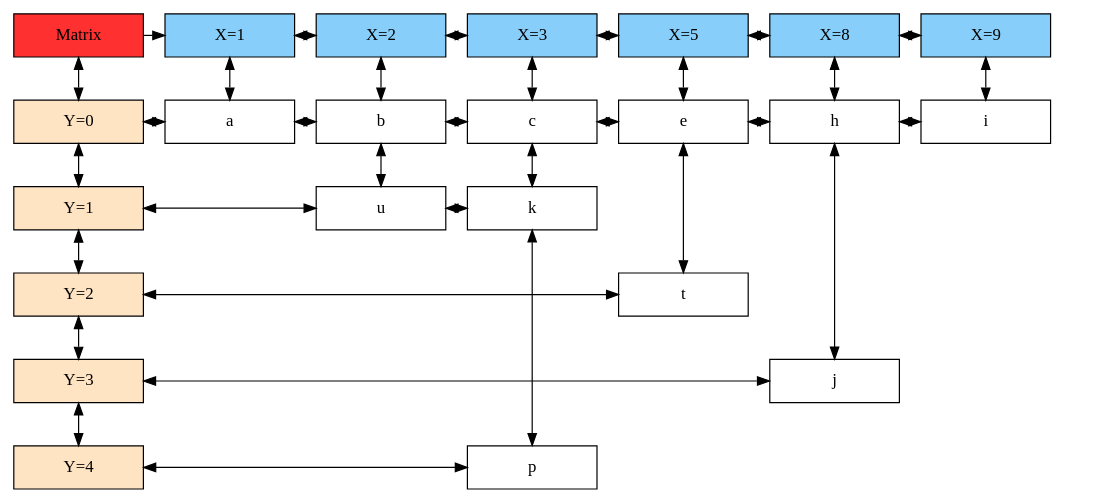
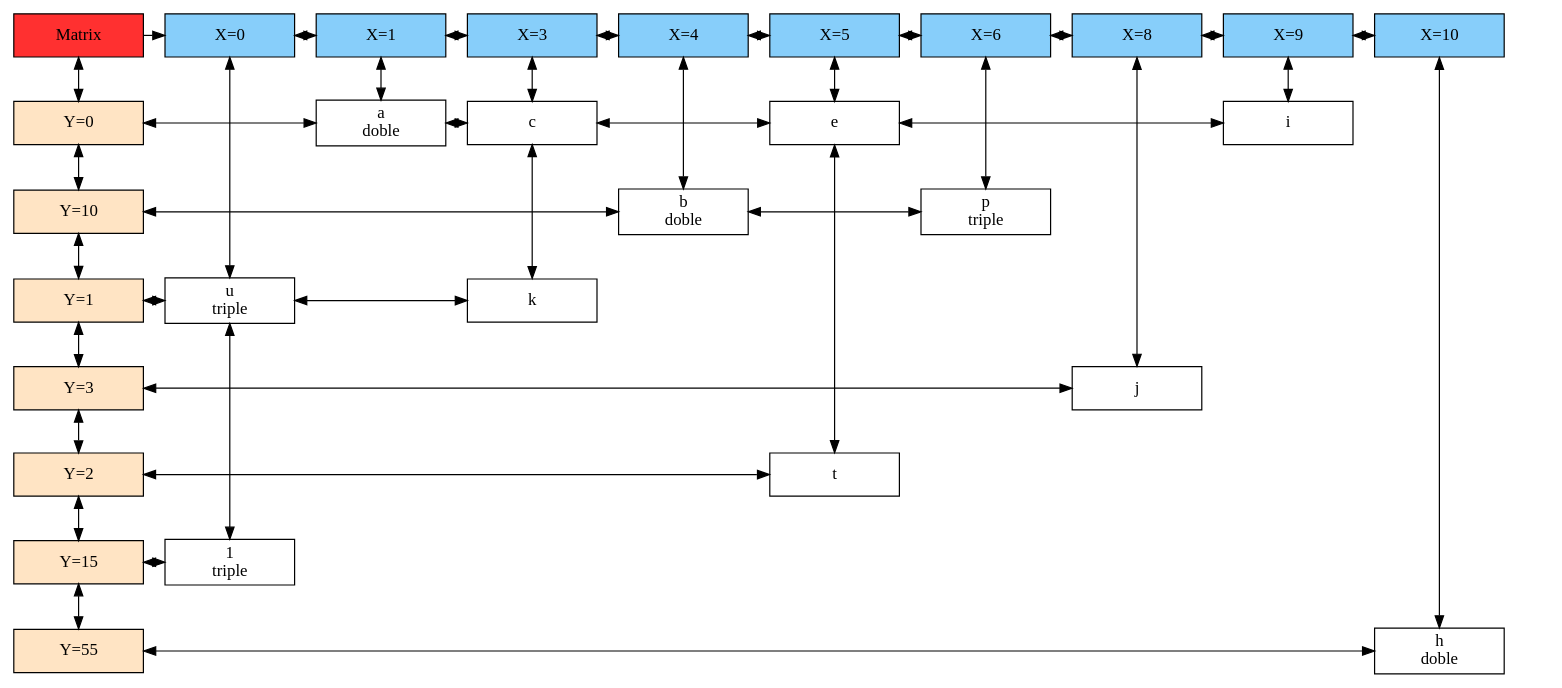
Before and after one commit to elJuanjoRamos/EDD_1S2020_PY1_201801262: the diagram in EDD_Proyecto1/EDD_Proyecto1/Matrix.dot, drawn with Graphviz. The commit also changed 21 other files, not shown here.

```diff
--- a/EDD_Proyecto1/EDD_Proyecto1/Matrix.dot
+++ b/EDD_Proyecto1/EDD_Proyecto1/Matrix.dot
@@ -1,72 +1,89 @@
 digraph Sparce_Matrix { 
  node [shape=box]
-Mt[ label = "Matrix", width = 1.5, style = filled, fillcolor = firebrick1, group = 1 ];
-e0[ shape = point, width = 0 ];
+	Mt[ label = "Matrix", width = 1.5, style = filled, fillcolor = firebrick1, group = 1 ];
+	e0[ shape = point, width = 0 ];
 e1[shape = point, width = 0];
+Nodox17 [label = "X=0" width = 1.5 style = filled, fillcolor = lightskyblue, group =17];
 Nodox2 [label = "X=1" width = 1.5 style = filled, fillcolor = lightskyblue, group =2];
-Nodox5 [label = "X=2" width = 1.5 style = filled, fillcolor = lightskyblue, group =5];
-Nodox9 [label = "X=3" width = 1.5 style = filled, fillcolor = lightskyblue, group =9];
-Nodox11 [label = "X=5" width = 1.5 style = filled, fillcolor = lightskyblue, group =11];
-Nodox7 [label = "X=8" width = 1.5 style = filled, fillcolor = lightskyblue, group =7];
-Nodox13 [label = "X=9"width = 1.5 style = filled, fillcolor = lightskyblue, group =13];
+Nodox11 [label = "X=3" width = 1.5 style = filled, fillcolor = lightskyblue, group =11];
+Nodox5 [label = "X=4" width = 1.5 style = filled, fillcolor = lightskyblue, group =5];
+Nodox13 [label = "X=5" width = 1.5 style = filled, fillcolor = lightskyblue, group =13];
+Nodox26 [label = "X=6" width = 1.5 style = filled, fillcolor = lightskyblue, group =26];
+Nodox20 [label = "X=8" width = 1.5 style = filled, fillcolor = lightskyblue, group =20];
+Nodox15 [label = "X=9" width = 1.5 style = filled, fillcolor = lightskyblue, group =15];
+Nodox8 [label = "X=10"width = 1.5 style = filled, fillcolor = lightskyblue, group =8];
 Nodoy3->Nodoy4[constraint=false, dir=both];
-Nodoy4->Nodoy6[constraint=false, dir=both];
-Nodoy6->Nodoy10[constraint=false, dir=both];
-Nodoy10->Nodoy12[constraint=false, dir=both];
-Nodoy12->Nodoy8[constraint=false, dir=both];
-Nodoy8->Nodoy14[constraint=false, dir=both];
-Nodoy15->Nodoy16[constraint=false, dir=both];
-Nodoy16->Nodoy19[constraint=false, dir=both];
-Nodoy20->Nodoy21[constraint=false, dir=both];
-Nodoy17->Nodoy18[constraint=false, dir=both];
-Nodoy22->Nodoy23[constraint=false, dir=both];
+Nodoy4->Nodoy12[constraint=false, dir=both];
+Nodoy12->Nodoy14[constraint=false, dir=both];
+Nodoy14->Nodoy16[constraint=false, dir=both];
+Nodoy6->Nodoy7[constraint=false, dir=both];
+Nodoy7->Nodoy27[constraint=false, dir=both];
+Nodoy18->Nodoy19[constraint=false, dir=both];
+Nodoy19->Nodoy23[constraint=false, dir=both];
+Nodoy21->Nodoy22[constraint=false, dir=both];
+Nodoy24->Nodoy25[constraint=false, dir=both];
+Nodoy28->Nodoy29[constraint=false, dir=both];
+Nodoy9->Nodoy10[constraint=false, dir=both];
 Nodoy3 [label = "Y=0" width = 1.5 style = filled, fillcolor = bisque1, group = 1  ];
-Nodoy15 [label = "Y=1" width = 1.5 style = filled, fillcolor = bisque1, group = 1  ];
-Nodoy20 [label = "Y=2" width = 1.5 style = filled, fillcolor = bisque1, group = 1  ];
-Nodoy17 [label = "Y=3" width = 1.5 style = filled, fillcolor = bisque1, group = 1  ];
-Nodoy22 [label = "Y=4"width = 1.5 style = filled, fillcolor = bisque1, group = 1  ];
+Nodoy6 [label = "Y=10" width = 1.5 style = filled, fillcolor = bisque1, group = 1  ];
+Nodoy18 [label = "Y=1" width = 1.5 style = filled, fillcolor = bisque1, group = 1  ];
+Nodoy21 [label = "Y=3" width = 1.5 style = filled, fillcolor = bisque1, group = 1  ];
+Nodoy24 [label = "Y=2" width = 1.5 style = filled, fillcolor = bisque1, group = 1  ];
+Nodoy28 [label = "Y=15" width = 1.5 style = filled, fillcolor = bisque1, group = 1  ];
+Nodoy9 [label = "Y=55"width = 1.5 style = filled, fillcolor = bisque1, group = 1  ];
+Nodox17->Nodoy19[dir=both]
+Nodoy19->Nodoy29[dir=both];
 Nodox2->Nodoy4[dir=both]
-Nodox5->Nodoy6[dir=both]
-Nodoy6->Nodoy16[dir=both];
-Nodox9->Nodoy10[dir=both]
-Nodoy10->Nodoy19[dir=both];
-Nodoy19->Nodoy23[dir=both];
 Nodox11->Nodoy12[dir=both]
-Nodoy12->Nodoy21[dir=both];
-Nodox7->Nodoy8[dir=both]
-Nodoy8->Nodoy18[dir=both];
+Nodoy12->Nodoy23[dir=both];
+Nodox5->Nodoy7[dir=both]
 Nodox13->Nodoy14[dir=both]
-Mt->Nodox2;
-Nodox2->Nodox5[dir=both];
-Nodox5->Nodox9[dir=both];
-Nodox9->Nodox11[dir=both];
-Nodox11->Nodox7[dir=both];
-Nodox7->Nodox13[dir=both];
+Nodoy14->Nodoy25[dir=both];
+Nodox26->Nodoy27[dir=both]
+Nodox20->Nodoy22[dir=both]
+Nodox15->Nodoy16[dir=both]
+Nodox8->Nodoy10[dir=both]
+Mt->Nodox17;
+Nodox17->Nodox2[dir=both];
+Nodox2->Nodox11[dir=both];
+Nodox11->Nodox5[dir=both];
+Nodox5->Nodox13[dir=both];
+Nodox13->Nodox26[dir=both];
+Nodox26->Nodox20[dir=both];
+Nodox20->Nodox15[dir=both];
+Nodox15->Nodox8[dir=both];
 Mt->Nodoy3[dir=both];
-Nodoy3->Nodoy15[dir=both];
-Nodoy15->Nodoy20[dir=both];
-Nodoy20->Nodoy17[dir=both];
-Nodoy17->Nodoy22[dir=both];
- { rank = same; Mt; Nodox2; Nodox5; Nodox9; Nodox11; Nodox7; Nodox13}
+Nodoy3->Nodoy6[dir=both];
+Nodoy6->Nodoy18[dir=both];
+Nodoy18->Nodoy21[dir=both];
+Nodoy21->Nodoy24[dir=both];
+Nodoy24->Nodoy28[dir=both];
+Nodoy28->Nodoy9[dir=both];
+ { rank = same; Mt; Nodox17; Nodox2; Nodox11; Nodox5; Nodox13; Nodox26; Nodox20; Nodox15; Nodox8}
 Nodoy3[label = "Y=0" width = 1.5, group = 1];
-Nodoy4[label = "a" width = 1.5, group = 2];
-Nodoy6[label = "b" width = 1.5, group = 5];
-Nodoy10[label = "c" width = 1.5, group = 9];
-Nodoy12[label = "e" width = 1.5, group = 11];
-Nodoy8[label = "h" width = 1.5, group = 7];
-Nodoy14[label = "i" width = 1.5, group = 13];
-Nodoy15[label = "Y=1" width = 1.5, group = 1];
-Nodoy16[label = "u" width = 1.5, group = 5];
-Nodoy19[label = "k" width = 1.5, group = 9];
-Nodoy20[label = "Y=2" width = 1.5, group = 1];
-Nodoy21[label = "t" width = 1.5, group = 11];
-Nodoy17[label = "Y=3" width = 1.5, group = 1];
-Nodoy18[label = "j" width = 1.5, group = 7];
-Nodoy22[label = "Y=4" width = 1.5, group = 1];
-Nodoy23[label = "p" width = 1.5, group = 9];
-{rank= same; Nodoy3; Nodoy4; Nodoy6; Nodoy10; Nodoy12; Nodoy8; Nodoy14}
- {rank=same; Nodoy15; Nodoy16; Nodoy19}
- {rank=same; Nodoy20; Nodoy21}
- {rank=same; Nodoy17; Nodoy18}
- {rank=same; Nodoy22; Nodoy23}
+Nodoy4[label = "a\n doble" width = 1.5, group = 2];
+Nodoy12[label = "c" width = 1.5, group = 11];
+Nodoy14[label = "e" width = 1.5, group = 13];
+Nodoy16[label = "i" width = 1.5, group = 15];
+Nodoy6[label = "Y=10" width = 1.5, group = 1];
+Nodoy7[label = "b\n doble" width = 1.5, group = 5];
+Nodoy27[label = "p\n triple" width = 1.5, group = 26];
+Nodoy18[label = "Y=1" width = 1.5, group = 1];
+Nodoy19[label = "u\n triple" width = 1.5, group = 17];
+Nodoy23[label = "k" width = 1.5, group = 11];
+Nodoy21[label = "Y=3" width = 1.5, group = 1];
+Nodoy22[label = "j" width = 1.5, group = 20];
+Nodoy24[label = "Y=2" width = 1.5, group = 1];
+Nodoy25[label = "t" width = 1.5, group = 13];
+Nodoy28[label = "Y=15" width = 1.5, group = 1];
+Nodoy29[label = "1\n triple" width = 1.5, group = 17];
+Nodoy9[label = "Y=55" width = 1.5, group = 1];
+Nodoy10[label = "h\n doble" width = 1.5, group = 8];
+{rank= same; Nodoy3;Nodoy4;Nodoy12;Nodoy14;Nodoy16}
+ {rank=same;Nodoy6;Nodoy7;Nodoy27}
+ {rank=same;Nodoy18;Nodoy19;Nodoy23}
+ {rank=same;Nodoy21;Nodoy22}
+ {rank=same;Nodoy24;Nodoy25}
+ {rank=same;Nodoy28;Nodoy29}
+ {rank=same;Nodoy9;Nodoy10}
 }
```
